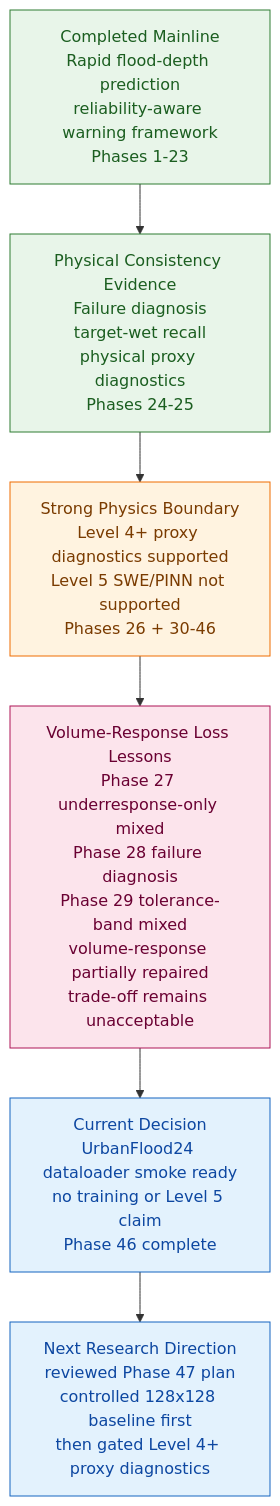
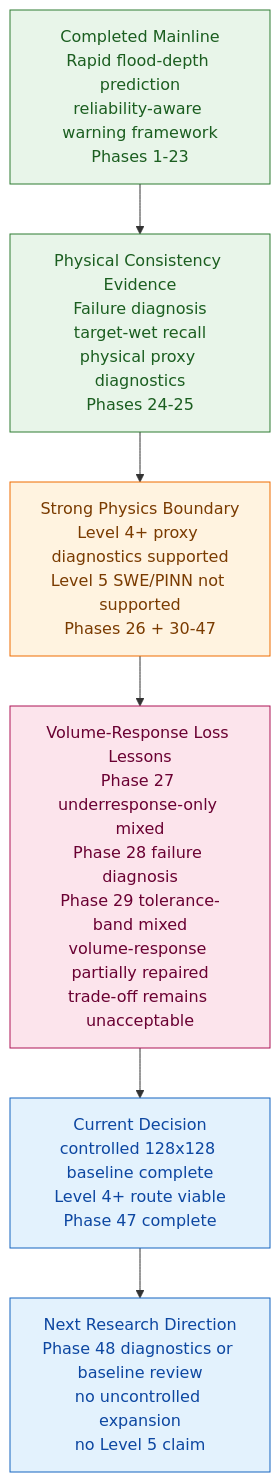
Before and after one commit to HolyLin990604/physics-guided-urban-flood-prediction: the third of 3 diagrams in README.md, drawn with Mermaid. The commit also changed other lines of this file and 2 other files, not shown here.

Commit message:
docs: sync phase47 controlled downsample baseline status

````diff
--- a/README.md
+++ b/README.md
@@ -490,16 +492,16 @@
 ```mermaid
 flowchart TD
     A["Completed Mainline<br/>Rapid flood-depth prediction<br/>reliability-aware warning framework<br/>Phases 1-23"]:::completed
     B["Physical Consistency Evidence<br/>Failure diagnosis<br/>target-wet recall<br/>physical proxy diagnostics<br/>Phases 24-25"]:::completed
-    C["Strong Physics Boundary<br/>Level 4+ proxy diagnostics supported<br/>Level 5 SWE/PINN not supported<br/>Phases 26 + 30-46"]:::boundary
+    C["Strong Physics Boundary<br/>Level 4+ proxy diagnostics supported<br/>Level 5 SWE/PINN not supported<br/>Phases 26 + 30-47"]:::boundary
     D["Volume-Response Loss Lessons<br/>Phase 27 underresponse-only mixed<br/>Phase 28 failure diagnosis<br/>Phase 29 tolerance-band mixed<br/>volume-response partially repaired<br/>trade-off remains unacceptable"]:::diagnosis
-    E["Current Decision<br/>UrbanFlood24 dataloader smoke ready<br/>no training or Level 5 claim<br/>Phase 46 complete"]:::current
-    F["Next Research Direction<br/>reviewed Phase 47 plan<br/>controlled 128x128 baseline first<br/>then gated Level 4+ proxy diagnostics"]:::current
+    E["Current Decision<br/>controlled 128x128 baseline complete<br/>Level 4+ route viable<br/>Phase 47 complete"]:::current
+    F["Next Research Direction<br/>Phase 48 diagnostics or baseline review<br/>no uncontrolled expansion<br/>no Level 5 claim"]:::current
 
     A --> B --> C --> D --> E --> F
 
     classDef completed fill:#e8f5e9,stroke:#2e7d32,color:#1b5e20
     classDef boundary fill:#fff3e0,stroke:#ef6c00,color:#7a3b00
     classDef diagnosis fill:#fce4ec,stroke:#ad1457,color:#6a0032
     classDef current fill:#e3f2fd,stroke:#1565c0,color:#0d47a1
 ```
````
